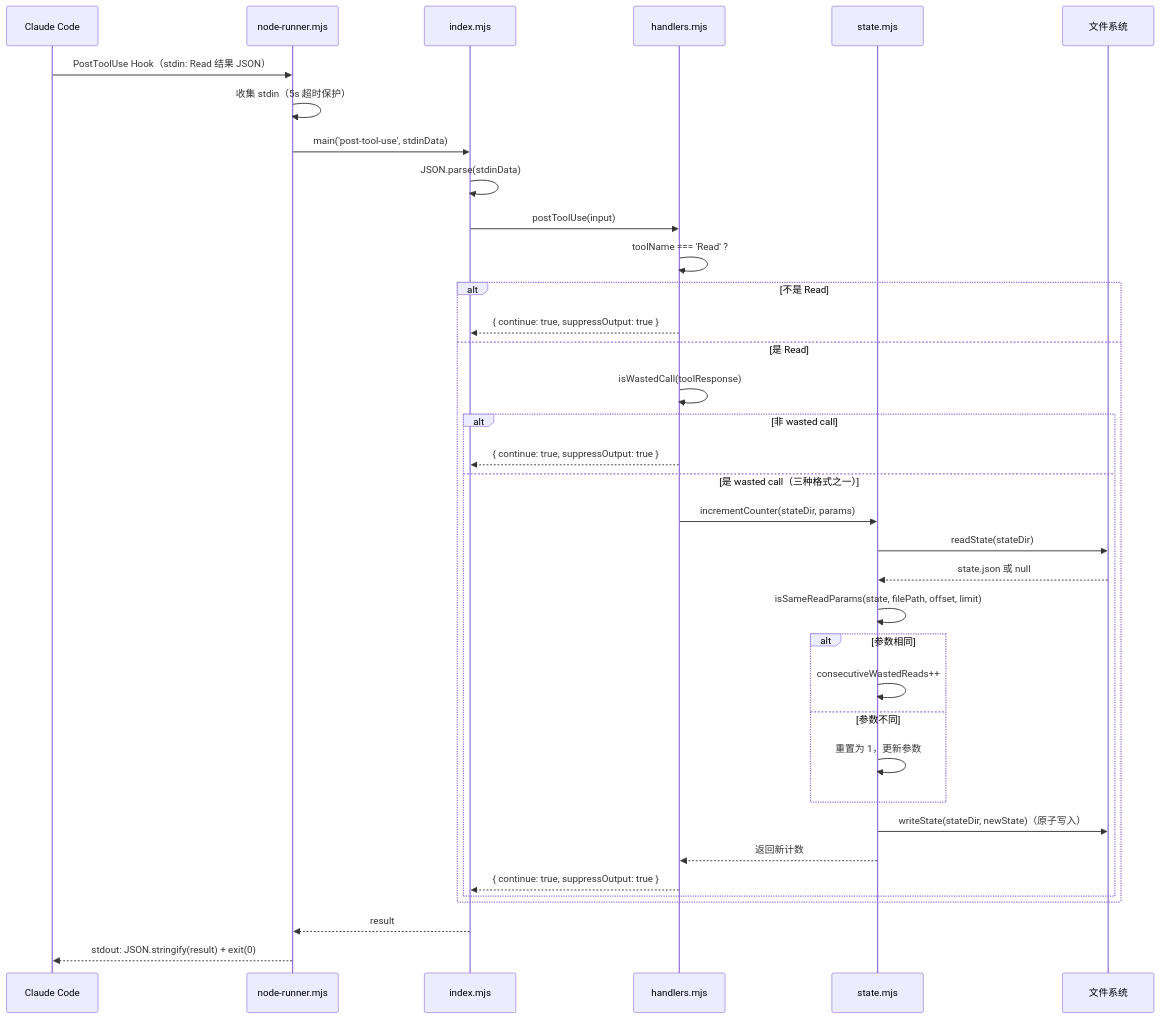
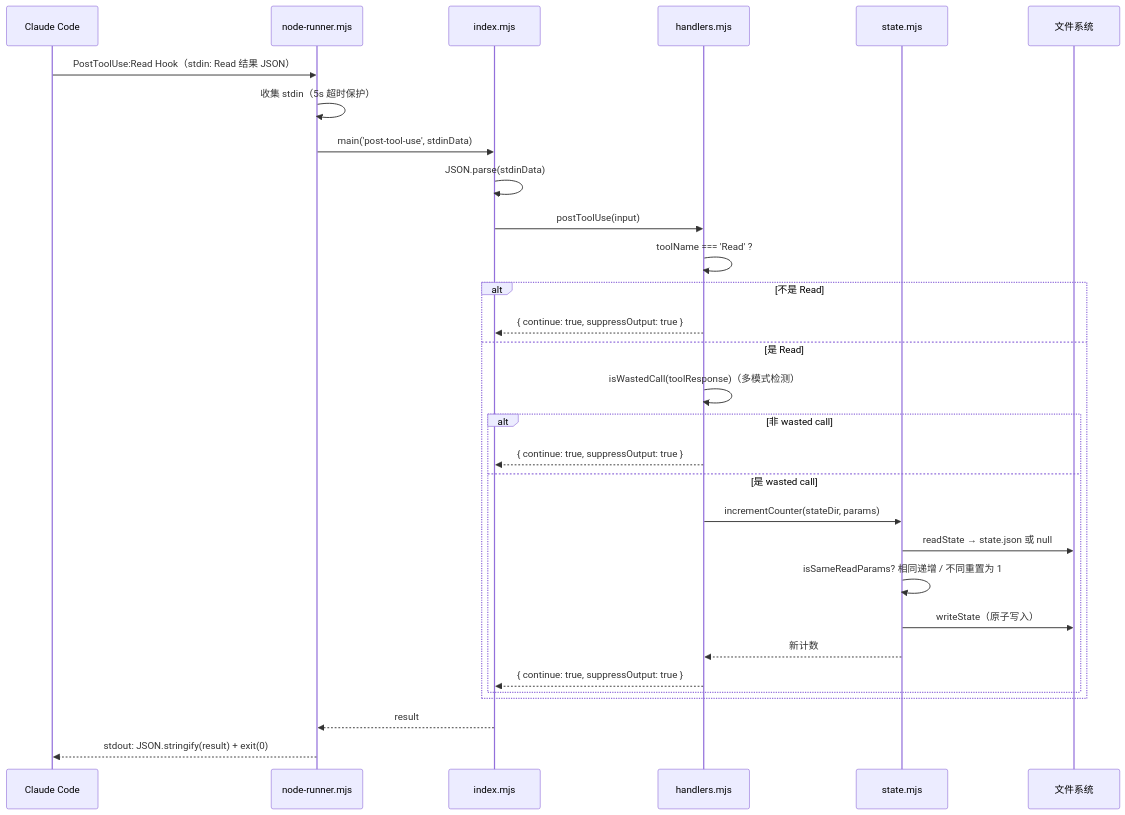
Before and after one commit to Lionad-Morotar/cc-break-dead-loop: the second of 9 diagrams in docs/3. Workflow Overview.md, drawn with Mermaid. The commit also changed other lines of this file and 15 other files, not shown here.

````diff
--- a/docs/3. Workflow Overview.md
+++ b/docs/3. Workflow Overview.md
@@ -33,39 +44,33 @@
 ```mermaid
 sequenceDiagram
   participant CC as Claude Code
   participant NR as node-runner.mjs
   participant IDX as index.mjs
   participant HND as handlers.mjs
   participant ST as state.mjs
   participant FS as 文件系统
 
-  CC->>NR: PostToolUse Hook（stdin: Read 结果 JSON）
+  CC->>NR: PostToolUse:Read Hook（stdin: Read 结果 JSON）
   NR->>NR: 收集 stdin（5s 超时保护）
   NR->>IDX: main('post-tool-use', stdinData)
   IDX->>IDX: JSON.parse(stdinData)
   IDX->>HND: postToolUse(input)
   HND->>HND: toolName === 'Read' ?
   alt 不是 Read
     HND-->>IDX: { continue: true, suppressOutput: true }
   else 是 Read
-    HND->>HND: isWastedCall(toolResponse)
+    HND->>HND: isWastedCall(toolResponse)（多模式检测）
     alt 非 wasted call
       HND-->>IDX: { continue: true, suppressOutput: true }
-    else 是 wasted call（三种格式之一）
+    else 是 wasted call
       HND->>ST: incrementCounter(stateDir, params)
-      ST->>FS: readState(stateDir)
-      FS-->>ST: state.json 或 null
-      ST->>ST: isSameReadParams(state, filePath, offset, limit)
-      alt 参数相同
-        ST->>ST: consecutiveWastedReads++
-      else 参数不同
-        ST->>ST: 重置为 1，更新参数
-      end
-      ST->>FS: writeState(stateDir, newState)（原子写入）
-      ST-->>HND: 返回新计数
+      ST->>FS: readState → state.json 或 null
+      ST->>ST: isSameReadParams? 相同递增 / 不同重置为 1
+      ST->>FS: writeState（原子写入）
+      ST-->>HND: 新计数
       HND-->>IDX: { continue: true, suppressOutput: true }
     end
   end
   IDX-->>NR: result
   NR-->>CC: stdout: JSON.stringify(result) + exit(0)
 ```
````
